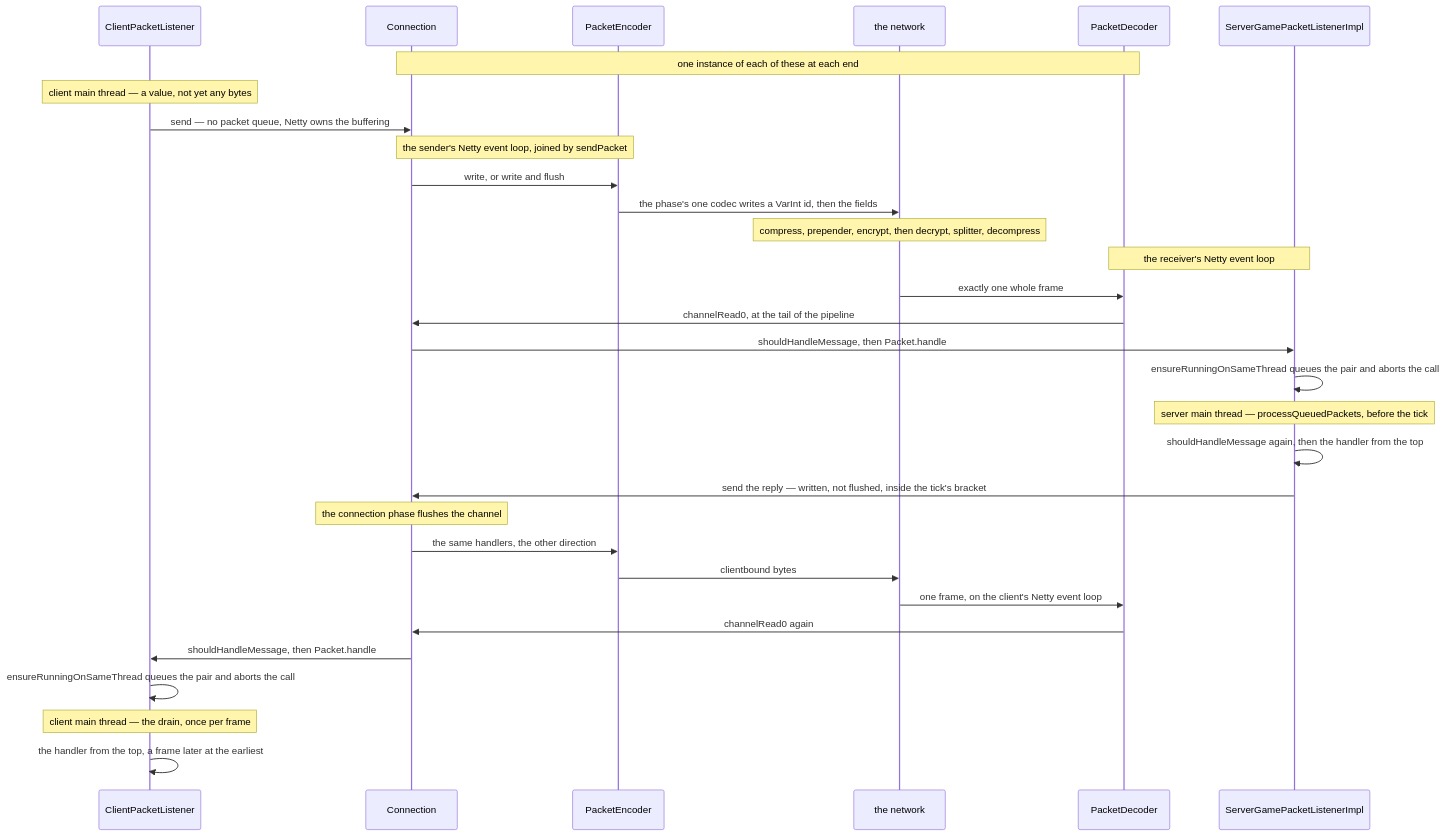
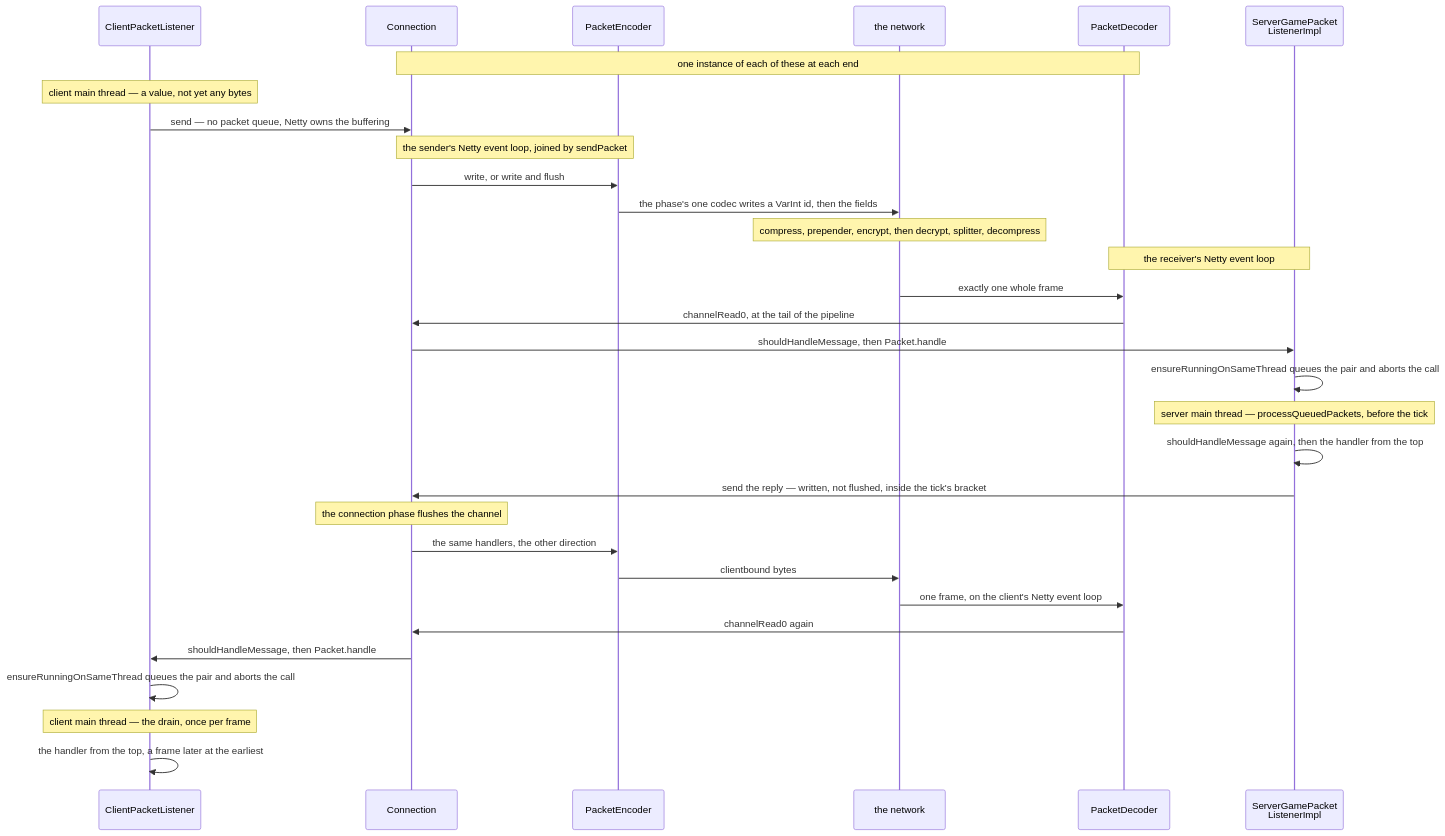
One commit to AlexanderjFraser/MinecraftDocs changed the diagram in src/systems/networking/the-connection.md. Above: the diagram before and after it, drawn with Mermaid. The commit also changed 68 other files, not shown here.

````diff
--- a/src/systems/networking/the-connection.md
+++ b/src/systems/networking/the-connection.md
@@ -41,34 +41,34 @@
 ```mermaid
 sequenceDiagram
     participant CPL as ClientPacketListener
     participant Conn as Connection
     participant PEnc as PacketEncoder
     participant Wire as the network
     participant PDec as PacketDecoder
-    participant SGPL as ServerGamePacketListenerImpl
+    participant SGPL as ServerGamePacket<br/>ListenerImpl
 
     Note over Conn,PDec: one instance of each of these at each end
     Note over CPL: client main thread — a value, not yet any bytes
     CPL->>Conn: send — no packet queue, Netty owns the buffering
     Note over Conn,PEnc: the sender's Netty event loop, joined by sendPacket
     Conn->>PEnc: write, or write and flush
     PEnc->>Wire: the phase's one codec writes a VarInt id, then the fields
     Note over Wire: compress, prepender, encrypt, then decrypt, splitter, decompress
     Note over PDec,SGPL: the receiver's Netty event loop
     Wire->>PDec: exactly one whole frame
     PDec->>Conn: channelRead0, at the tail of the pipeline
     Conn->>SGPL: shouldHandleMessage, then Packet.handle
     SGPL->>SGPL: ensureRunningOnSameThread queues the pair and aborts the call
     Note over SGPL: server main thread — processQueuedPackets, before the tick
     SGPL->>SGPL: shouldHandleMessage again, then the handler from the top
     SGPL->>Conn: send the reply — written, not flushed, inside the tick's bracket
     Note over Conn: the connection phase flushes the channel
     Conn->>PEnc: the same handlers, the other direction
     PEnc->>Wire: clientbound bytes
     Wire->>PDec: one frame, on the client's Netty event loop
     PDec->>Conn: channelRead0 again
     Conn->>CPL: shouldHandleMessage, then Packet.handle
     CPL->>CPL: ensureRunningOnSameThread queues the pair and aborts the call
     Note over CPL: client main thread — the drain, once per frame
     CPL->>CPL: the handler from the top, a frame later at the earliest
 ```
````
